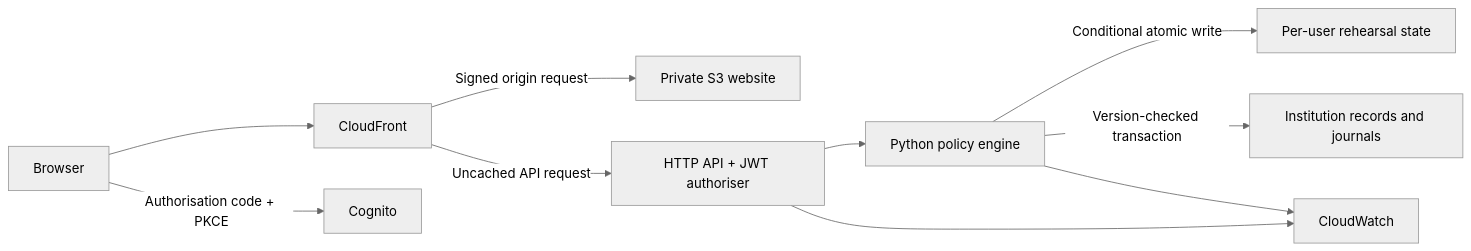
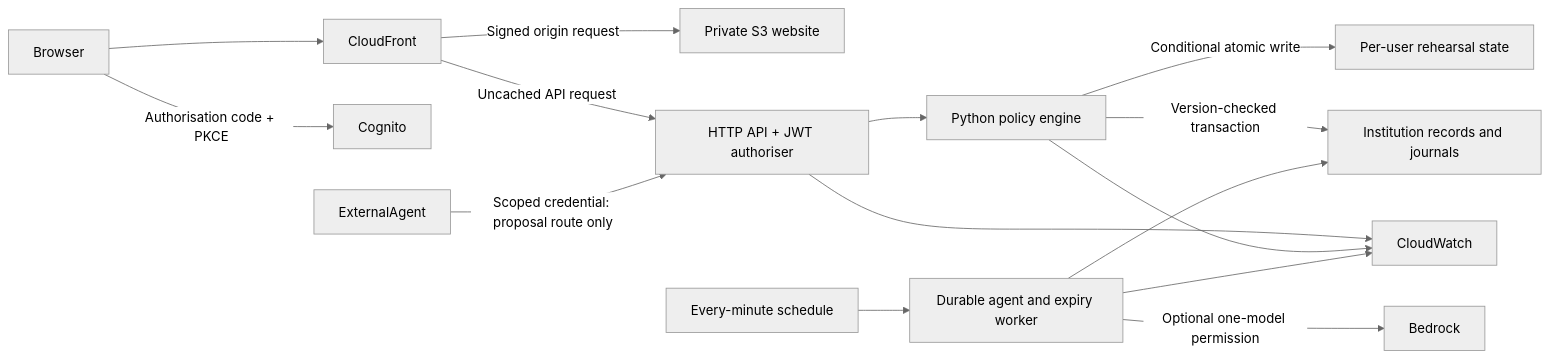
One commit to w3c-global/w3c-global.github.io changed the diagram in agentu/docs/architecture.md. Above: the diagram before and after it, drawn with Mermaid (neutral theme). The commit also changed other lines of this file and 32 other files, not shown here.

Commit message:
Add governed agent mandates, durable runs and expiry worker

````diff
--- a/agentu/docs/architecture.md
+++ b/agentu/docs/architecture.md
@@ -5,12 +5,17 @@
 ```mermaid
 flowchart LR
   Browser --> CloudFront
   Browser -->|Authorisation code + PKCE| Cognito
   CloudFront -->|Signed origin request| PrivateS3[Private S3 website]
   CloudFront -->|Uncached API request| Gateway[HTTP API + JWT authoriser]
   Gateway --> Lambda[Python policy engine]
   Lambda -->|Conditional atomic write| DynamoDB[Per-user rehearsal state]
   Lambda -->|Version-checked transaction| Platform[Institution records and journals]
   Gateway --> Logs[CloudWatch]
   Lambda --> Logs
+  ExternalAgent -->|Scoped credential: proposal route only| Gateway
+  Schedule[Every-minute schedule] --> Worker[Durable agent and expiry worker]
+  Worker --> Platform
+  Worker -->|Optional one-model permission| Bedrock
+  Worker --> Logs
 ```
````
